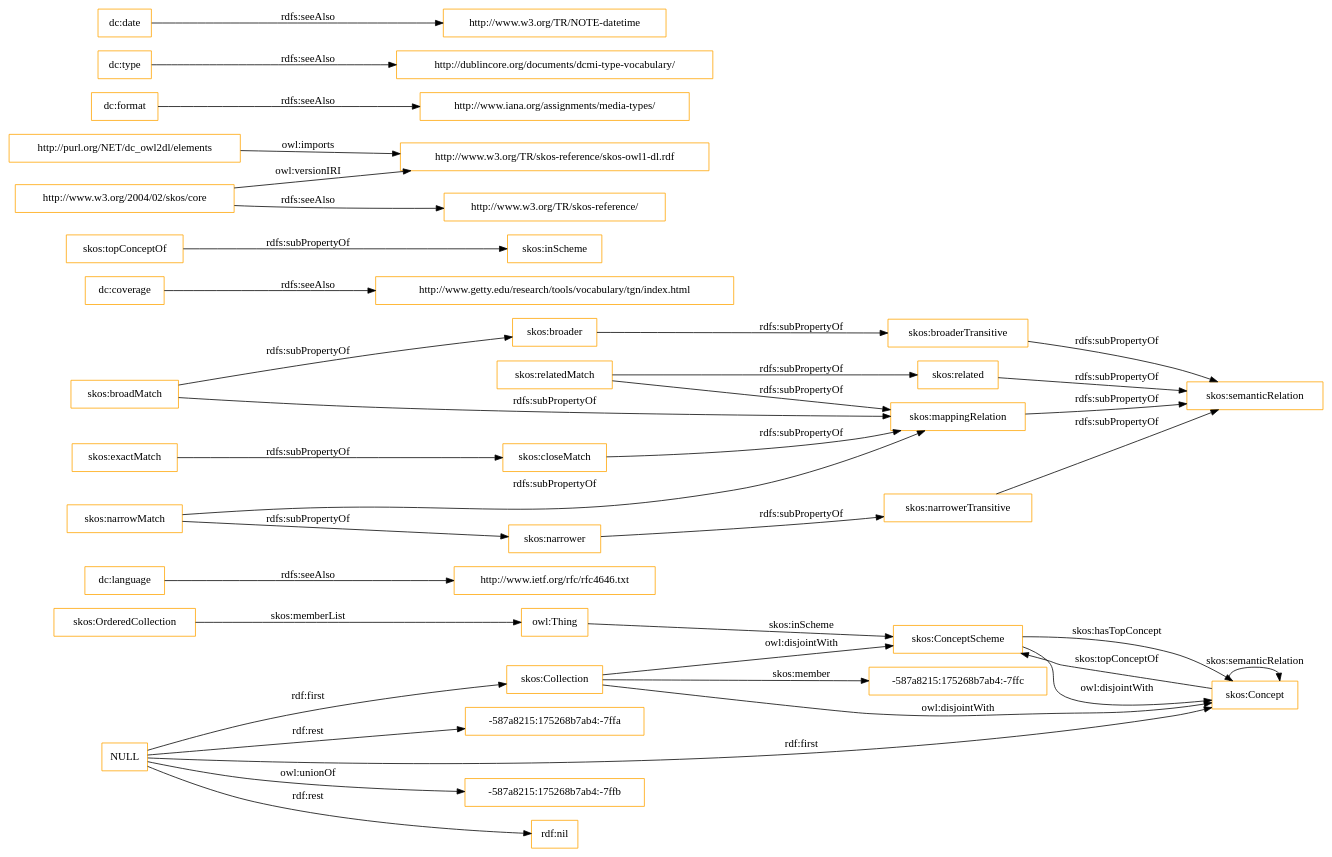
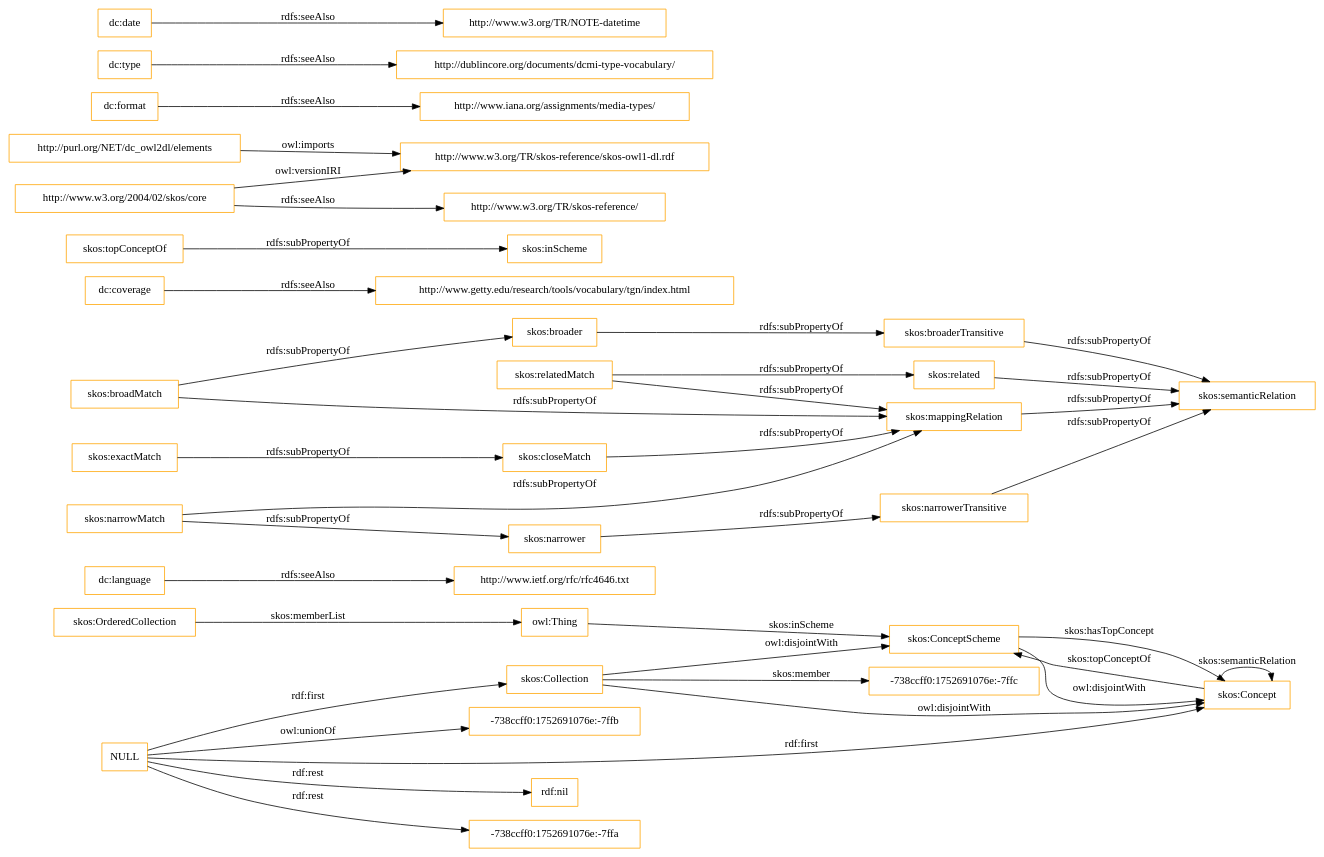
One commit to OnToologyUser/core-ontology-1 changed the diagram in OnToology/imports/elements.owl/diagrams/ar2dtool-class/elements.owl.png.dot. Above: the diagram before and after it, drawn with Graphviz. The commit also changed 14 other files, not shown here.

```diff
--- a/OnToology/imports/elements.owl/diagrams/ar2dtool-class/elements.owl.png.dot
+++ b/OnToology/imports/elements.owl/diagrams/ar2dtool-class/elements.owl.png.dot
@@ -1,43 +1,43 @@
 digraph ar2dtool_diagram { 
 rankdir=LR;
 size="1501"
-node [shape = rectangle, color="orange"]; "-587a8215:175268b7ab4:-7ffc" "skos:OrderedCollection" "skos:Collection" "skos:ConceptScheme" "skos:Concept" ; /*classes style*/
+node [shape = rectangle, color="orange"]; "-738ccff0:1752691076e:-7ffc" "skos:OrderedCollection" "skos:Collection" "skos:ConceptScheme" "skos:Concept" ; /*classes style*/
 	"dc:language" -> "http://www.ietf.org/rfc/rfc4646.txt" [ label = "rdfs:seeAlso" ];
-	"NULL" -> "-587a8215:175268b7ab4:-7ffb" [ label = "owl:unionOf" ];
 	"NULL" -> "rdf:nil" [ label = "rdf:rest" ];
 	"NULL" -> "skos:Collection" [ label = "rdf:first" ];
-	"NULL" -> "-587a8215:175268b7ab4:-7ffa" [ label = "rdf:rest" ];
+	"NULL" -> "-738ccff0:1752691076e:-7ffa" [ label = "rdf:rest" ];
 	"NULL" -> "skos:Concept" [ label = "rdf:first" ];
+	"NULL" -> "-738ccff0:1752691076e:-7ffb" [ label = "owl:unionOf" ];
 	"skos:closeMatch" -> "skos:mappingRelation" [ label = "rdfs:subPropertyOf" ];
 	"dc:coverage" -> "http://www.getty.edu/research/tools/vocabulary/tgn/index.html" [ label = "rdfs:seeAlso" ];
 	"skos:relatedMatch" -> "skos:related" [ label = "rdfs:subPropertyOf" ];
 	"skos:relatedMatch" -> "skos:mappingRelation" [ label = "rdfs:subPropertyOf" ];
 	"skos:ConceptScheme" -> "skos:Concept" [ label = "owl:disjointWith" ];
 	"skos:related" -> "skos:semanticRelation" [ label = "rdfs:subPropertyOf" ];
 	"skos:topConceptOf" -> "skos:inScheme" [ label = "rdfs:subPropertyOf" ];
 	"skos:broadMatch" -> "skos:broader" [ label = "rdfs:subPropertyOf" ];
 	"skos:broadMatch" -> "skos:mappingRelation" [ label = "rdfs:subPropertyOf" ];
 	"http://purl.org/NET/dc_owl2dl/elements" -> "http://www.w3.org/TR/skos-reference/skos-owl1-dl.rdf" [ label = "owl:imports" ];
 	"skos:exactMatch" -> "skos:closeMatch" [ label = "rdfs:subPropertyOf" ];
 	"dc:format" -> "http://www.iana.org/assignments/media-types/" [ label = "rdfs:seeAlso" ];
 	"skos:broaderTransitive" -> "skos:semanticRelation" [ label = "rdfs:subPropertyOf" ];
 	"dc:type" -> "http://dublincore.org/documents/dcmi-type-vocabulary/" [ label = "rdfs:seeAlso" ];
 	"skos:broader" -> "skos:broaderTransitive" [ label = "rdfs:subPropertyOf" ];
 	"skos:mappingRelation" -> "skos:semanticRelation" [ label = "rdfs:subPropertyOf" ];
 	"http://www.w3.org/2004/02/skos/core" -> "http://www.w3.org/TR/skos-reference/skos-owl1-dl.rdf" [ label = "owl:versionIRI" ];
 	"http://www.w3.org/2004/02/skos/core" -> "http://www.w3.org/TR/skos-reference/" [ label = "rdfs:seeAlso" ];
 	"skos:Collection" -> "skos:ConceptScheme" [ label = "owl:disjointWith" ];
 	"skos:Collection" -> "skos:Concept" [ label = "owl:disjointWith" ];
 	"skos:narrowMatch" -> "skos:narrower" [ label = "rdfs:subPropertyOf" ];
 	"skos:narrowMatch" -> "skos:mappingRelation" [ label = "rdfs:subPropertyOf" ];
 	"skos:narrower" -> "skos:narrowerTransitive" [ label = "rdfs:subPropertyOf" ];
 	"dc:date" -> "http://www.w3.org/TR/NOTE-datetime" [ label = "rdfs:seeAlso" ];
 	"skos:narrowerTransitive" -> "skos:semanticRelation" [ label = "rdfs:subPropertyOf" ];
 	"skos:OrderedCollection" -> "owl:Thing" [ label = "skos:memberList" ];
 	"skos:Concept" -> "skos:ConceptScheme" [ label = "skos:topConceptOf" ];
 	"skos:Concept" -> "skos:Concept" [ label = "skos:semanticRelation" ];
-	"skos:Collection" -> "-587a8215:175268b7ab4:-7ffc" [ label = "skos:member" ];
+	"skos:Collection" -> "-738ccff0:1752691076e:-7ffc" [ label = "skos:member" ];
 	"skos:ConceptScheme" -> "skos:Concept" [ label = "skos:hasTopConcept" ];
 	"owl:Thing" -> "skos:ConceptScheme" [ label = "skos:inScheme" ];
 
 }
```
